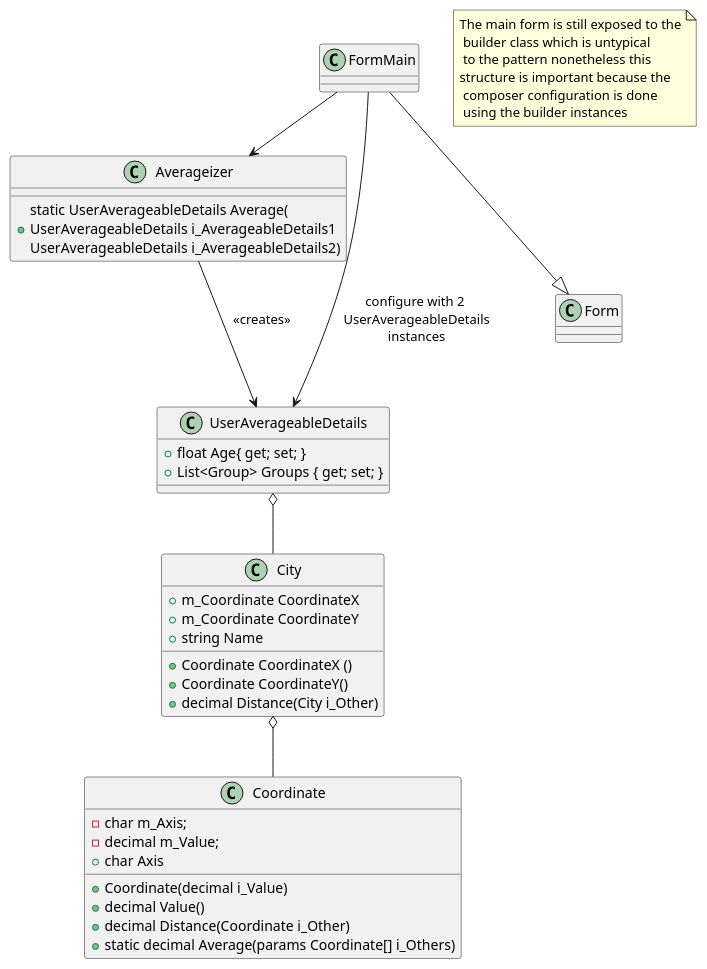
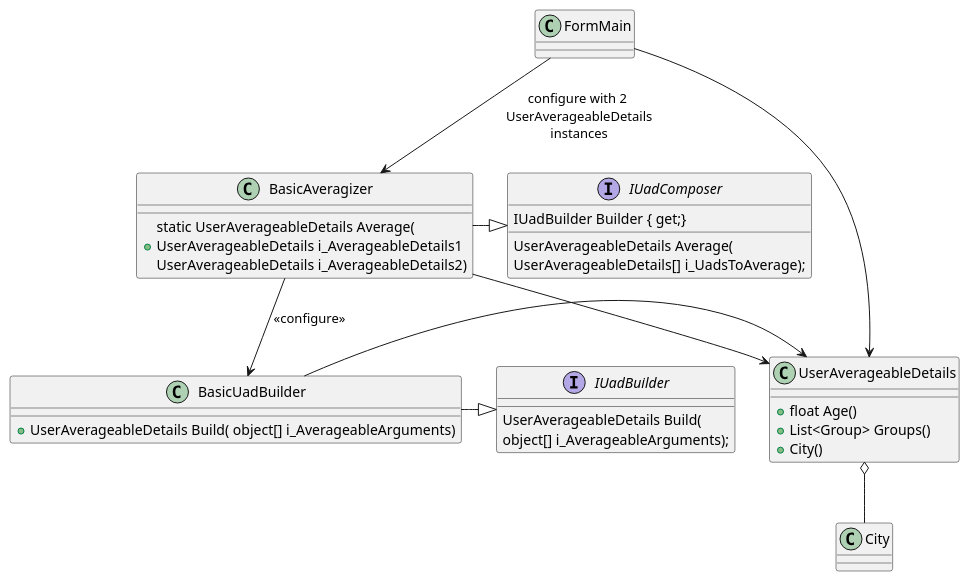
The diagram in assignment2 redesign-app/Documentation/builder.puml (GilPasi/Design-Patterns-Course), drawn with PlantUML before and after one commit. The commit also changed 5 other files, not shown here.

```diff
--- a/assignment2 redesign-app/Documentation/builder.puml
+++ b/assignment2 redesign-app/Documentation/builder.puml
@@ -1,55 +1,39 @@
 @startuml
-class Averageizer
-    {
-        + static UserAverageableDetails Average(\nUserAverageableDetails i_AverageableDetails1\nUserAverageableDetails i_AverageableDetails2)
+class BasicAveragizer
+{
+   + static UserAverageableDetails Average(\nUserAverageableDetails i_AverageableDetails1\nUserAverageableDetails i_AverageableDetails2)
 }
-
+class BasicUadBuilder
+{
+   + UserAverageableDetails Build( object[] i_AverageableArguments)
+}
 class UserAverageableDetails
 {
-        + float Age{ get; set; }
-        + List<Group> Groups { get; set; }
+    + float Age()
+    + List<Group> Groups()
+    + City()
 }
-
-
 class City
 {
-        + Coordinate CoordinateX ()
-        + Coordinate CoordinateY()
-        + m_Coordinate CoordinateX 
-        + m_Coordinate CoordinateY
-        + string Name
-        + decimal Distance(City i_Other)
 }
-
-
-class Coordinate
+class FormMain
 {
-        + Coordinate(decimal i_Value)
-        - char m_Axis;
-        - decimal m_Value;
-        + decimal Value()
-        + char Axis
-        + decimal Distance(Coordinate i_Other)
-        + static decimal Average(params Coordinate[] i_Others)
 }
-
-class FormMain{
+interface IUadBuilder
+{
+    UserAverageableDetails Build(\nobject[] i_AverageableArguments);
 }
-
-note "The main form is still exposed to the\n builder class which is untypical\n to the pattern nonetheless this \nstructure is important because the \n composer configuration is done\n using the builder instances" as n1
-
-
-class Form{}
-City o-- Coordinate
-FormMain --|> Form
-FormMain ---> UserAverageableDetails : configure with 2\n UserAverageableDetails\n instances
-FormMain -> Averageizer
-
+interface IUadComposer
+{
+    UserAverageableDetails Average(\nUserAverageableDetails[] i_UadsToAverage);
+    IUadBuilder Builder { get;}
+}
+FormMain ---> UserAverageableDetails
+BasicAveragizer -> UserAverageableDetails
+BasicUadBuilder -> UserAverageableDetails
+FormMain -> BasicAveragizer: configure with 2\n UserAverageableDetails\n instances
+BasicAveragizer -|> IUadComposer
+BasicUadBuilder -|> IUadBuilder
+BasicAveragizer --> BasicUadBuilder: <<configure>>
 UserAverageableDetails o-- City
-Averageizer -> UserAverageableDetails : <<creates>>
-
-
-
-
-
 @enduml
```
